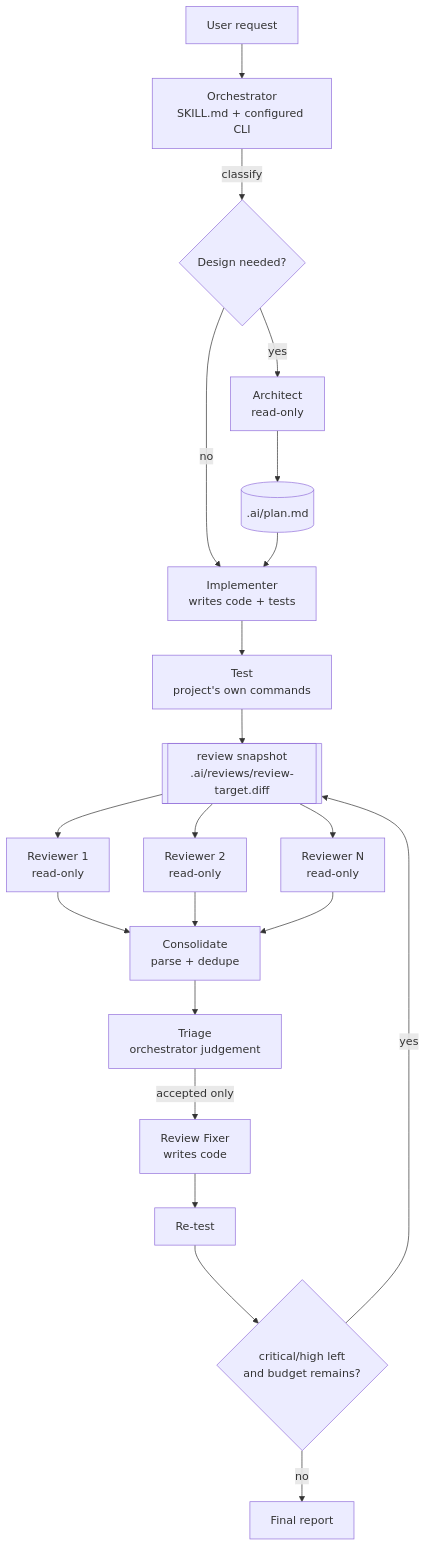
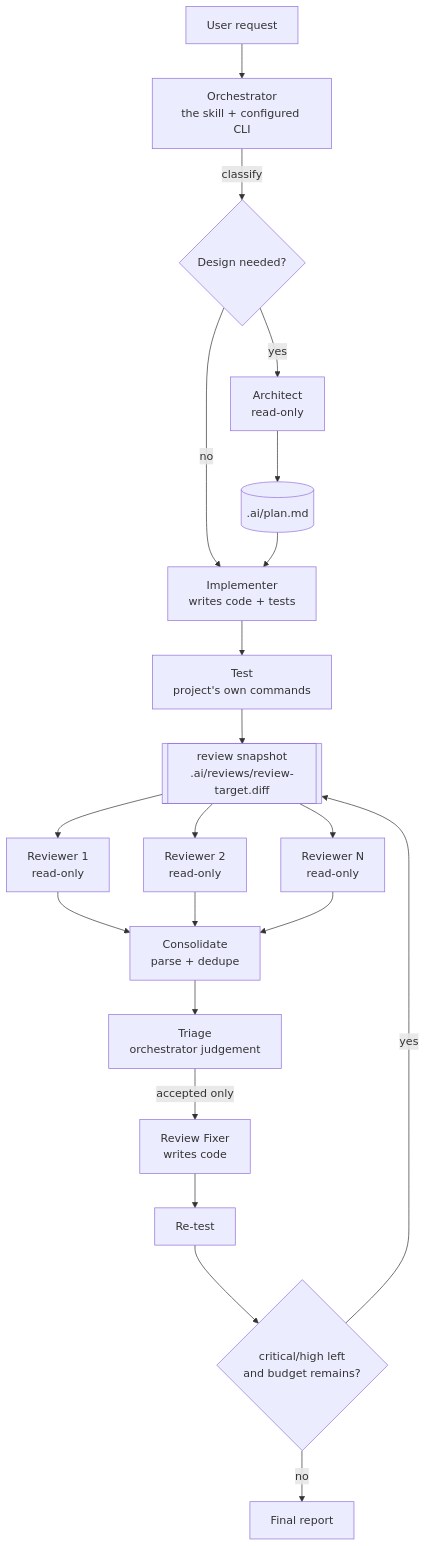
One commit to istb16/dev-orchestra changed the diagram in references/architecture.md. Above: the diagram before and after it, drawn with Mermaid. The commit also changed other lines of this file and 19 other files, not shown here.

````diff
--- a/references/architecture.md
+++ b/references/architecture.md
@@ -8,23 +8,23 @@
 ```mermaid
 flowchart TD
-    U[User request] --> O[Orchestrator<br/>SKILL.md + configured CLI]
+    U[User request] --> O[Orchestrator<br/>the skill + configured CLI]
     O -->|classify| D{Design needed?}
     D -->|no| I
     D -->|yes| A[Architect<br/>read-only]
     A --> P[(.ai/plan.md)]
     P --> I[Implementer<br/>writes code + tests]
     I --> T[Test<br/>project's own commands]
     T --> S[[review snapshot<br/>.ai/reviews/review-target.diff]]
     S --> R1[Reviewer 1<br/>read-only]
     S --> R2[Reviewer 2<br/>read-only]
     S --> R3[Reviewer N<br/>read-only]
     R1 --> C[Consolidate<br/>parse + dedupe]
     R2 --> C
     R3 --> C
     C --> TR[Triage<br/>orchestrator judgement]
     TR -->|accepted only| F[Review Fixer<br/>writes code]
     F --> T2[Re-test]
     T2 --> Q{critical/high left<br/>and budget remains?}
     Q -->|yes| S
     Q -->|no| REP[Final report]
 ```
````
